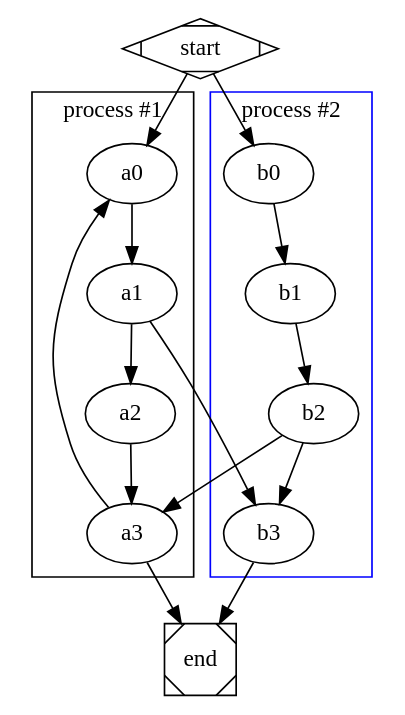
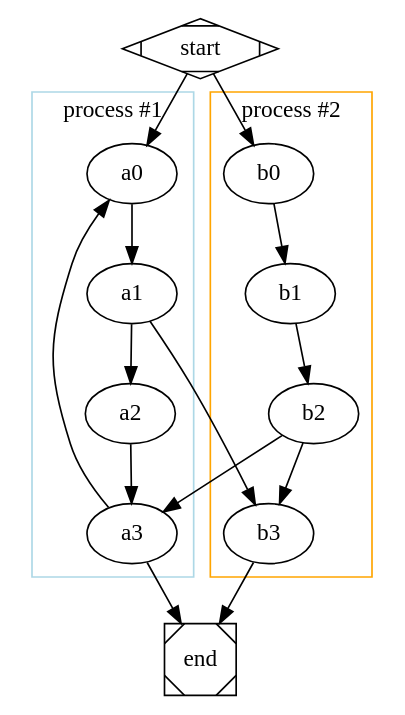
One commit to observablehq/framework changed the fourth of 4 diagrams in docs/lib/dot.md. Above: the diagram before and after it, drawn with Graphviz.

Commit message:
colors that work well in both light and dark modes I couldn't find how to use var(--theme-foreground-focus).

````diff
--- a/docs/lib/dot.md
+++ b/docs/lib/dot.md
@@ -39,22 +39,23 @@
 ```dot echo
 digraph G {
   subgraph cluster_0 {
     a0 -> a1 -> a2 -> a3
     label = "process #1"
+    color = lightblue
   }
   subgraph cluster_1 {
     b0 -> b1 -> b2 -> b3
     label = "process #2"
-    color = blue
+    color = orange
   }
   start -> a0
   start -> b0
   a1 -> b3
   b2 -> a3
   a3 -> a0
   a3 -> end
   b3 -> end
   start [shape = Mdiamond]
   end [shape = Msquare]
 }
 ```
````
